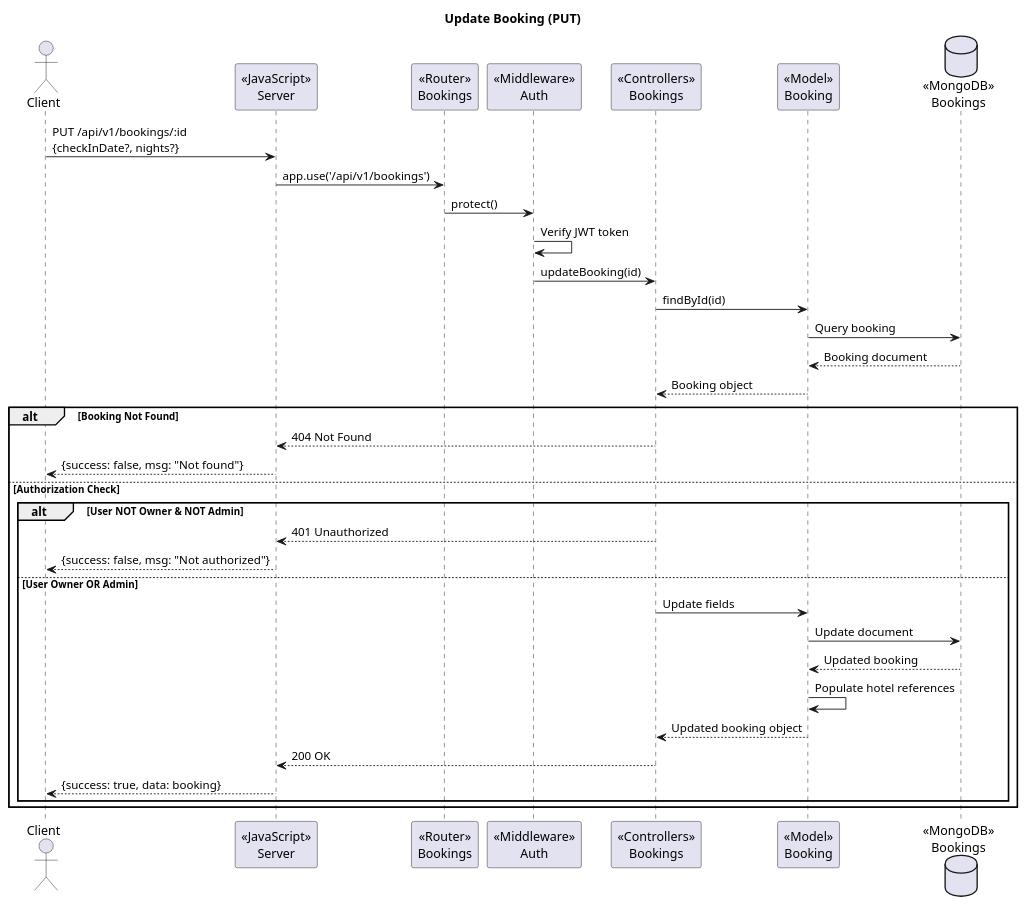
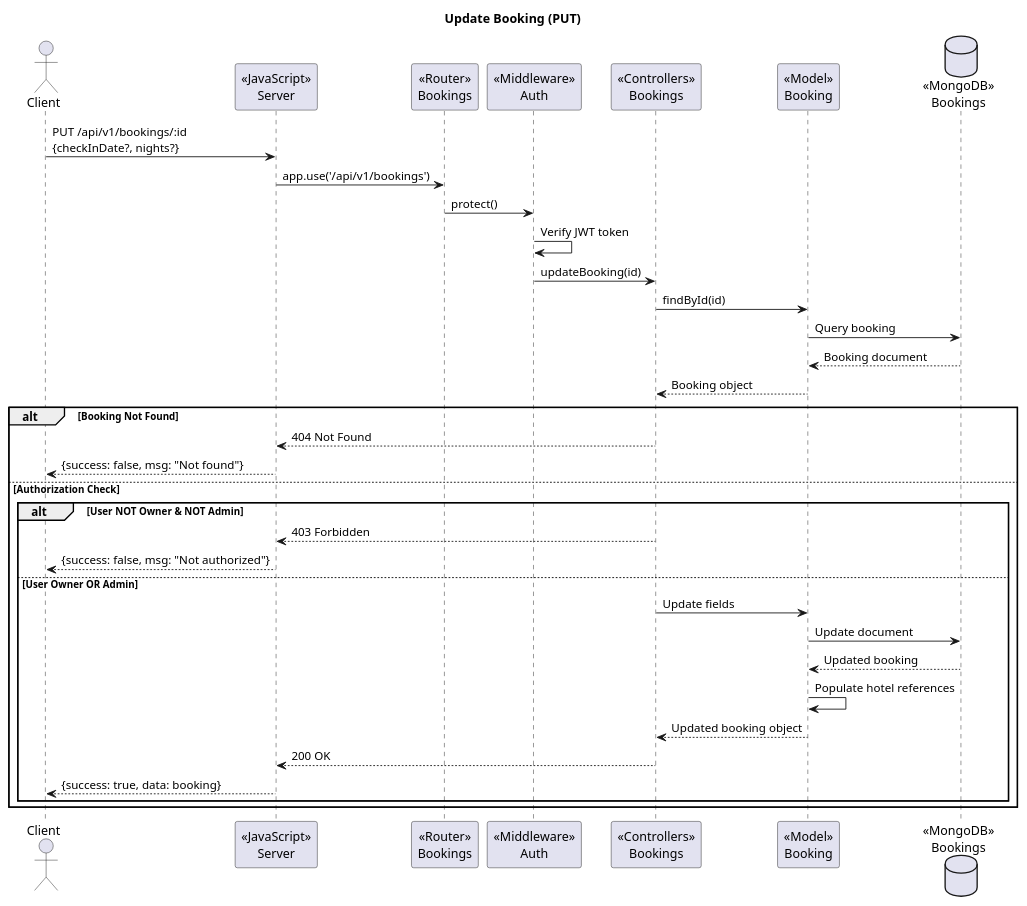
Before and after one commit to 2110503-CEDT68/be-project-68-flamefrost: the diagram in docs/sequence-diagrams/booking/Booking_Update.puml, drawn with PlantUML. The commit also changed 3 other files, not shown here.

```diff
--- a/docs/sequence-diagrams/booking/Booking_Update.puml
+++ b/docs/sequence-diagrams/booking/Booking_Update.puml
@@ -1,40 +1,40 @@
 @startuml Booking_Update
 title Update Booking (PUT)
 
 actor Client
 participant "<<JavaScript>>\nServer"
 participant "<<Router>>\nBookings"
 participant "<<Middleware>>\nAuth"
 participant "<<Controllers>>\nBookings"
 participant "<<Model>>\nBooking"
 database "<<MongoDB>>\nBookings"
 
 Client -> "<<JavaScript>>\nServer": PUT /api/v1/bookings/:id\n{checkInDate?, nights?}
 "<<JavaScript>>\nServer" -> "<<Router>>\nBookings": app.use('/api/v1/bookings')
 "<<Router>>\nBookings" -> "<<Middleware>>\nAuth": protect()
 "<<Middleware>>\nAuth" -> "<<Middleware>>\nAuth": Verify JWT token
 "<<Middleware>>\nAuth" -> "<<Controllers>>\nBookings": updateBooking(id)
 "<<Controllers>>\nBookings" -> "<<Model>>\nBooking": findById(id)
 "<<Model>>\nBooking" -> "<<MongoDB>>\nBookings": Query booking
 "<<MongoDB>>\nBookings" --> "<<Model>>\nBooking": Booking document
 "<<Model>>\nBooking" --> "<<Controllers>>\nBookings": Booking object
 
 alt Booking Not Found
   "<<Controllers>>\nBookings" --> "<<JavaScript>>\nServer": 404 Not Found
   "<<JavaScript>>\nServer" --> Client: {success: false, msg: "Not found"}
 else Authorization Check
   alt User NOT Owner & NOT Admin
-    "<<Controllers>>\nBookings" --> "<<JavaScript>>\nServer": 401 Unauthorized
+    "<<Controllers>>\nBookings" --> "<<JavaScript>>\nServer": 403 Forbidden
     "<<JavaScript>>\nServer" --> Client: {success: false, msg: "Not authorized"}
   else User Owner OR Admin
     "<<Controllers>>\nBookings" -> "<<Model>>\nBooking": Update fields
     "<<Model>>\nBooking" -> "<<MongoDB>>\nBookings": Update document
     "<<MongoDB>>\nBookings" --> "<<Model>>\nBooking": Updated booking
     "<<Model>>\nBooking" -> "<<Model>>\nBooking": Populate hotel references
     "<<Model>>\nBooking" --> "<<Controllers>>\nBookings": Updated booking object
     "<<Controllers>>\nBookings" --> "<<JavaScript>>\nServer": 200 OK
     "<<JavaScript>>\nServer" --> Client: {success: true, data: booking}
   end
 end
 
 @enduml
```
